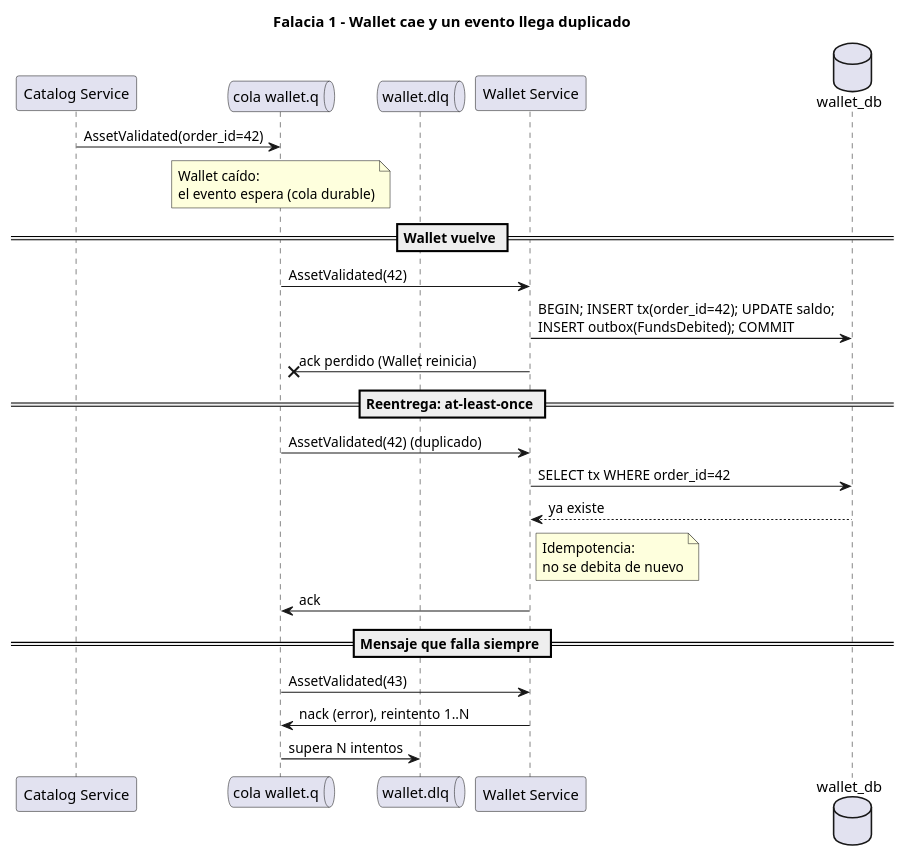
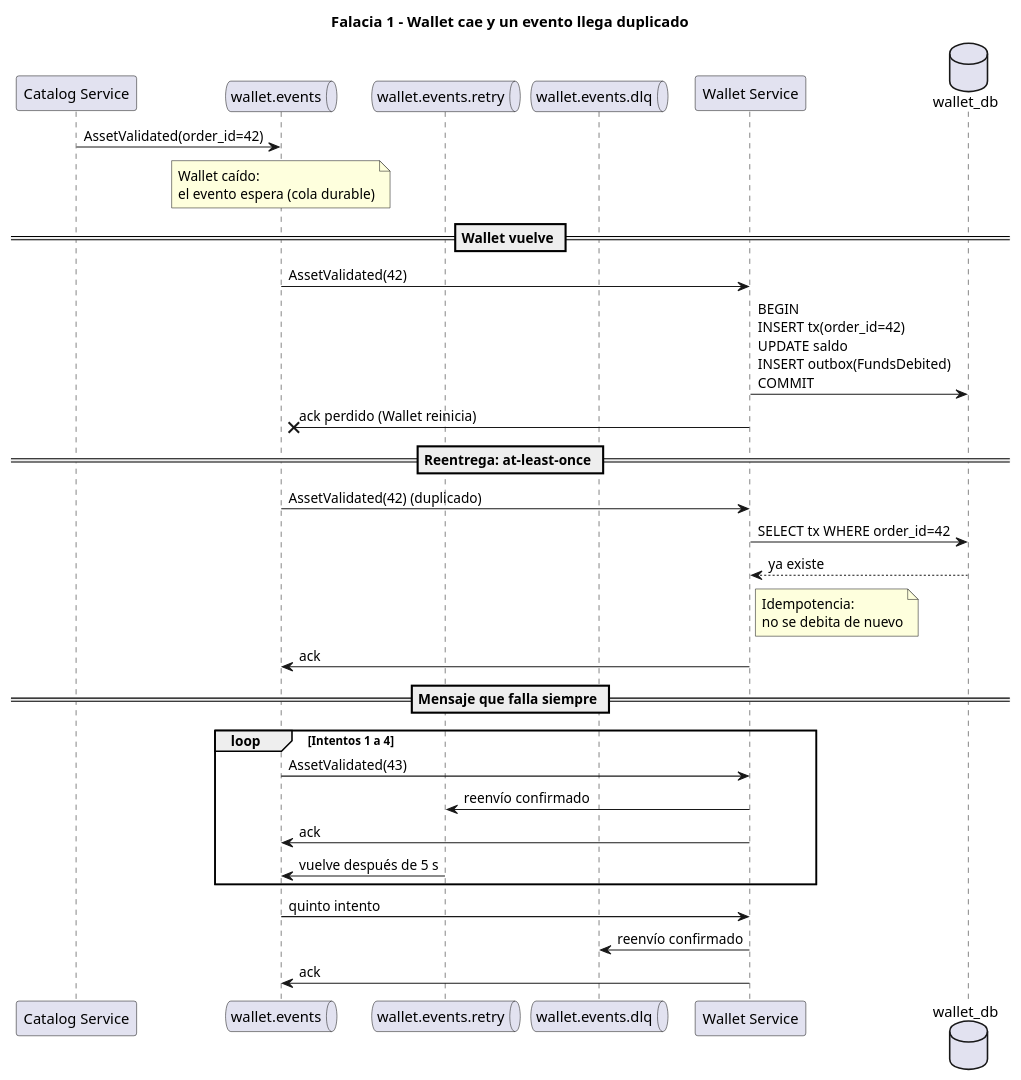
One commit to micaelacrocco/TFUs-Grupo4 changed the fourth of 4 diagrams in docs/UT5/ENTREGA.md. Above: the diagram before and after it, drawn with PlantUML. The commit also changed other lines of this file and 2 other files, not shown here.

````diff
--- a/docs/UT5/ENTREGA.md
+++ b/docs/UT5/ENTREGA.md
@@ -430,31 +433,38 @@
 ```plantuml
 @startuml
 title Falacia 1 - Wallet cae y un evento llega duplicado
 
 participant "Catalog Service" as CAT
-queue "cola wallet.q" as Q
-queue "wallet.dlq" as DLQ
+queue "wallet.events" as Q
+queue "wallet.events.retry" as R
+queue "wallet.events.dlq" as DLQ
 participant "Wallet Service" as WAL
 database "wallet_db" as WDB
 
 CAT -> Q : AssetValidated(order_id=42)
 note over Q : Wallet caído:\nel evento espera (cola durable)
 
 == Wallet vuelve ==
 Q -> WAL : AssetValidated(42)
-WAL -> WDB : BEGIN; INSERT tx(order_id=42); UPDATE saldo;\nINSERT outbox(FundsDebited); COMMIT
+WAL -> WDB : BEGIN\nINSERT tx(order_id=42)\nUPDATE saldo\nINSERT outbox(FundsDebited)\nCOMMIT
 WAL -x Q : ack perdido (Wallet reinicia)
 
 == Reentrega: at-least-once ==
 Q -> WAL : AssetValidated(42) (duplicado)
 WAL -> WDB : SELECT tx WHERE order_id=42
 WDB --> WAL : ya existe
 note right of WAL : Idempotencia:\nno se debita de nuevo
 WAL -> Q : ack
 
 == Mensaje que falla siempre ==
-Q -> WAL : AssetValidated(43)
-WAL -> Q : nack (error), reintento 1..N
-Q -> DLQ : supera N intentos
+loop Intentos 1 a 4
+  Q -> WAL : AssetValidated(43)
+  WAL -> R : reenvío confirmado
+  WAL -> Q : ack
+  R -> Q : vuelve después de 5 s
+end
+Q -> WAL : quinto intento
+WAL -> DLQ : reenvío confirmado
+WAL -> Q : ack
 @enduml
 ```
````
